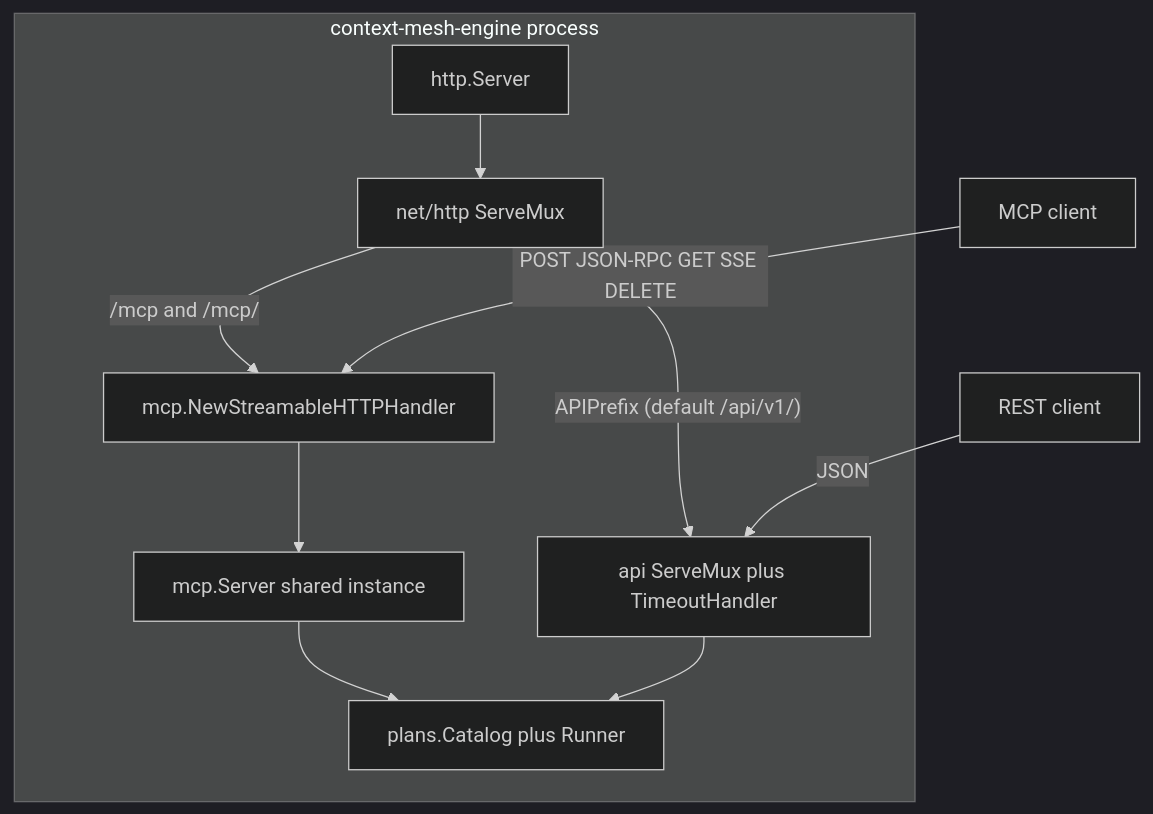
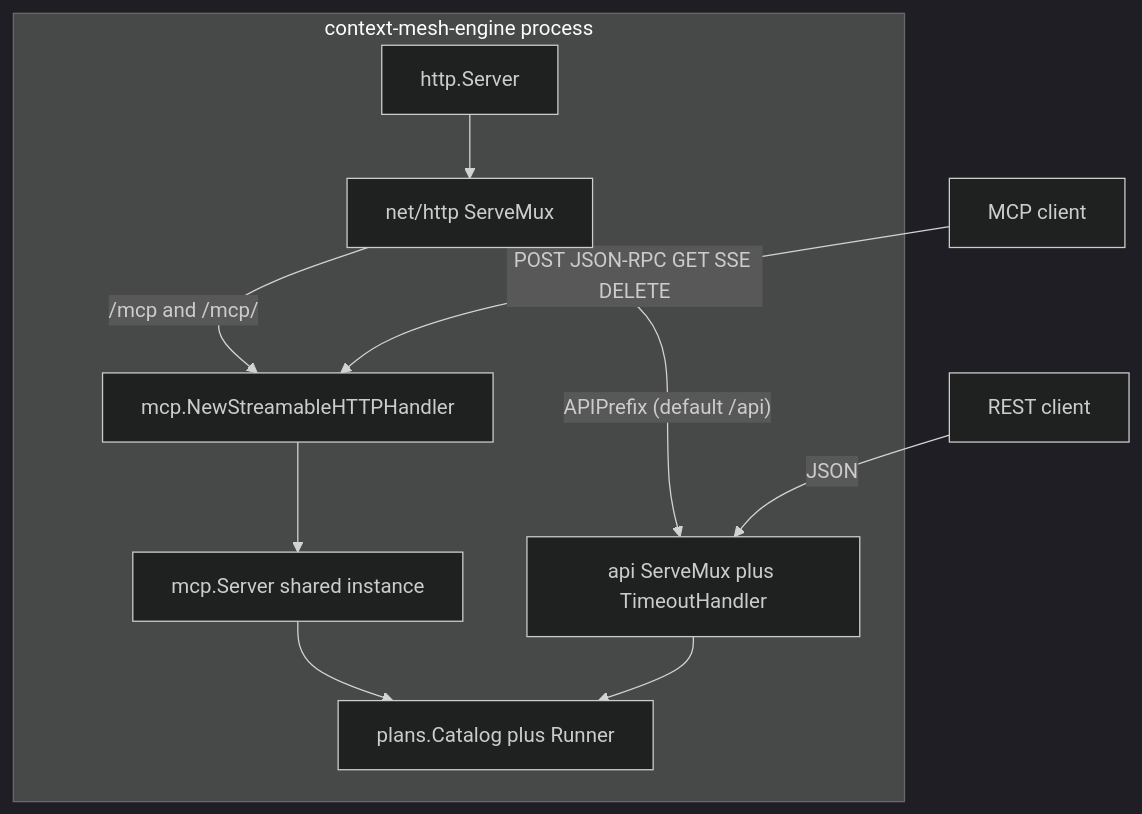
Before and after one commit to mevansam/context-mesh-engine: the diagram in docs/contributors/design.md, drawn with Mermaid (dark theme). The commit also changed other lines of this file and 22 other files, not shown here.

Commit message:
Update API prefix from `/api/v1` to `/api` across documentation and codebase. Adjust health check endpoints, REST routes, and example usages to reflect the new default prefix. Ensure consistency in tool descriptions and tests to align with the updated API structure.

````diff
--- a/docs/contributors/design.md
+++ b/docs/contributors/design.md
@@ -27,19 +27,19 @@
 ```mermaid
 flowchart TB
   subgraph process [context-mesh-engine process]
     httpServer["http.Server"]
     mux["net/http ServeMux"]
     mcpH["mcp.NewStreamableHTTPHandler"]
     restH["api ServeMux plus TimeoutHandler"]
     mcpSrv["mcp.Server shared instance"]
     catalog["plans.Catalog plus Runner"]
     httpServer --> mux
     mux -->|"/mcp and /mcp/"| mcpH
-    mux -->|"APIPrefix (default /api/v1/)"| restH
+    mux -->|"APIPrefix (default /api)"| restH
     mcpH --> mcpSrv
     mcpSrv --> catalog
     restH --> catalog
   end
   clientMCP["MCP client"] -->|"POST JSON-RPC GET SSE DELETE"| mcpH
   clientREST["REST client"] -->|"JSON"| restH
 ```
````
